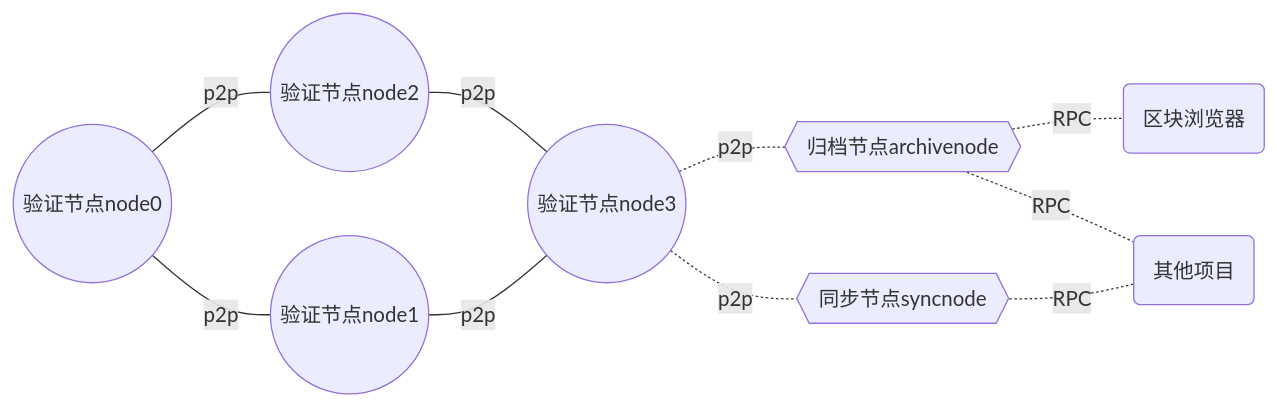
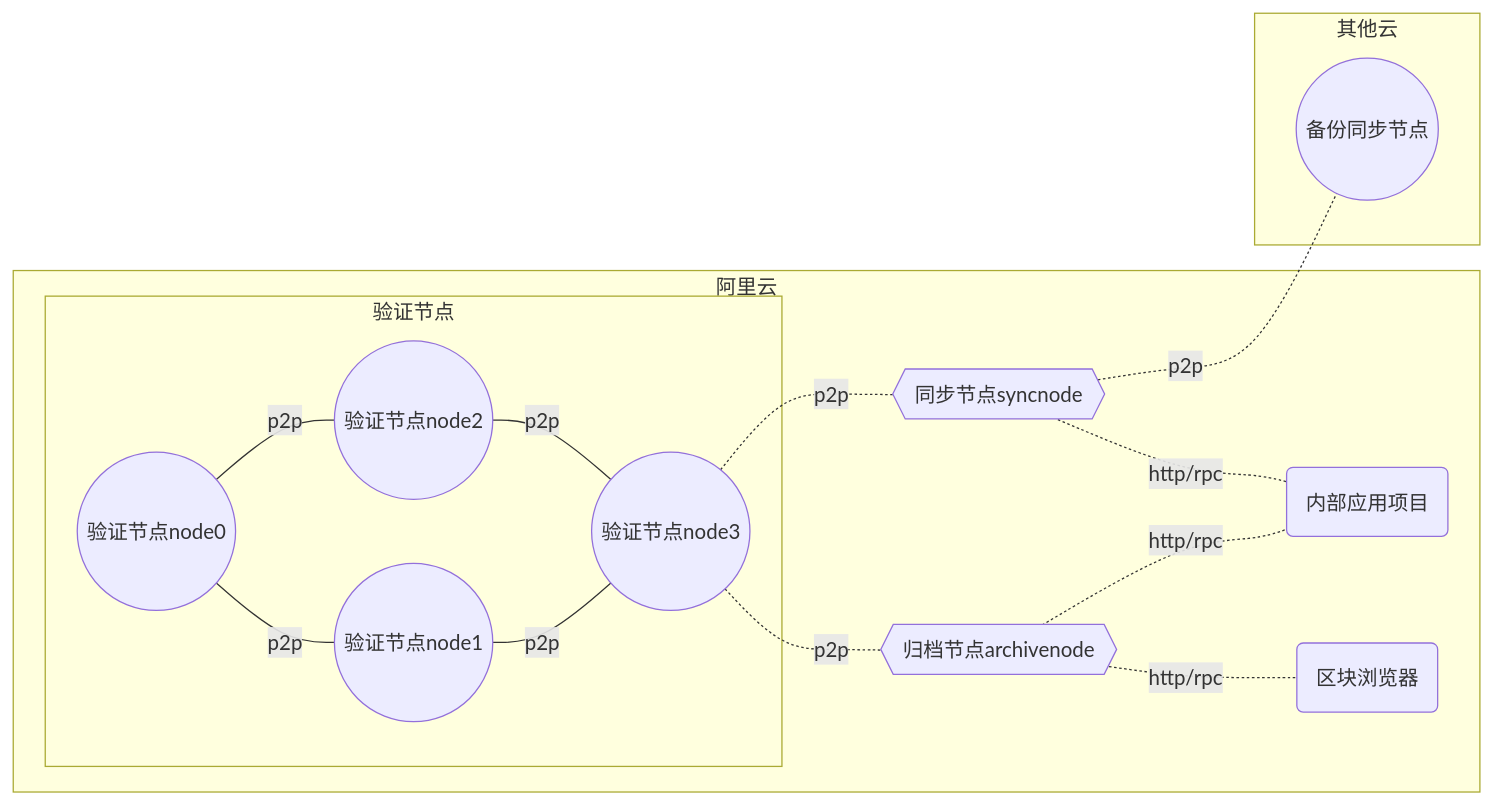
One commit to qiyichain/dev-docs changed the diagram in mainnet/README.md. Above: the diagram before and after it, drawn with Mermaid. The commit also changed other lines of this file, not shown here.

````diff
--- a/mainnet/README.md
+++ b/mainnet/README.md
@@ -17,16 +17,36 @@
 ```mermaid
 
 graph LR
 
-A((验证节点node0))--p2p---B((验证节点node1))
-C((验证节点node2))--p2p---D((验证节点node3))
-A--p2p---C
-B--p2p---D
+    subgraph 阿里云
 
-D-.p2p.-E{{归档节点archivenode}}
-D-.p2p.-H{{同步节点syncnode}}
+        subgraph 验证节点
+            A((验证节点node0))
+            B((验证节点node1))
+            C((验证节点node2))
+            D((验证节点node3))
+        end
 
-E-.RPC.--G(区块浏览器)
-E-.RPC.--F(其他项目)
-H-.RPC.--F(其他项目)
+        E{{归档节点archivenode}}
+        F{{同步节点syncnode}}
+        G(区块浏览器)
+        K(内部应用项目)
+
+        A--p2p---B
+        C--p2p---D
+        A--p2p---C
+        B--p2p---D
+
+        D-.p2p.-E
+        D-.p2p.-F
+
+        E-.http/rpc.-G
+        F-.http/rpc.-K
+        E-.http/rpc.-K
+    end
+
+    subgraph 其他云
+        F-.p2p.-J((备份同步节点))
+    end
+
 ```
````
